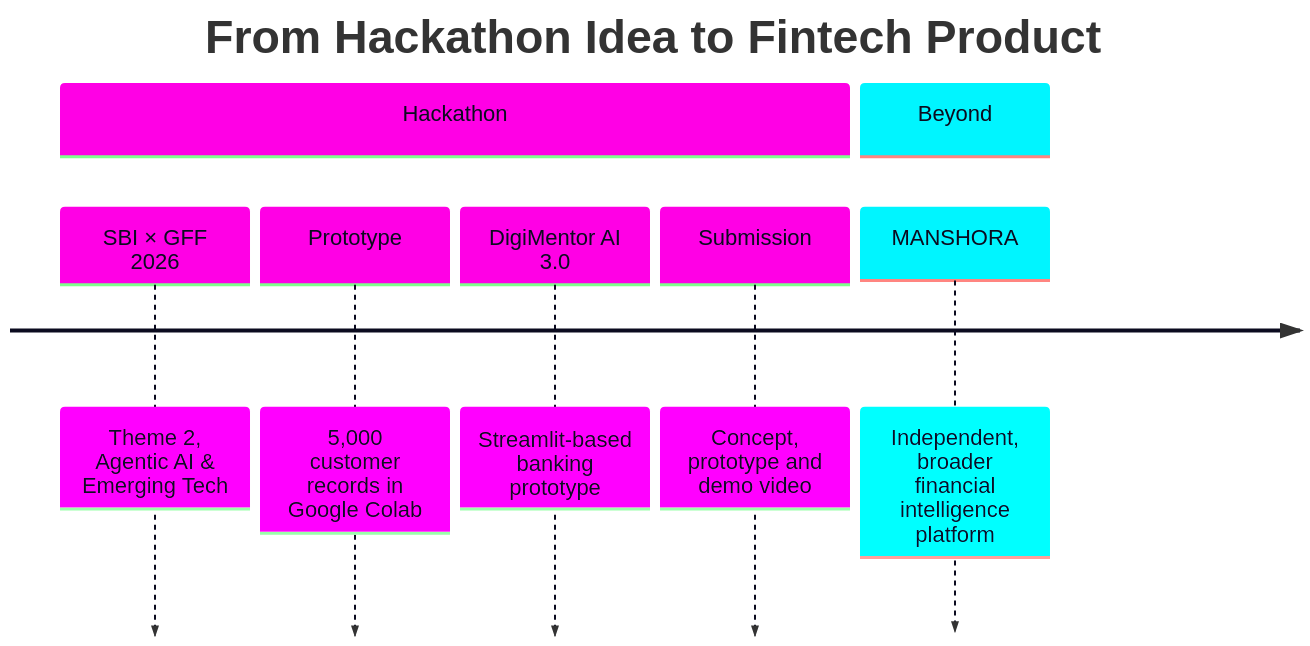
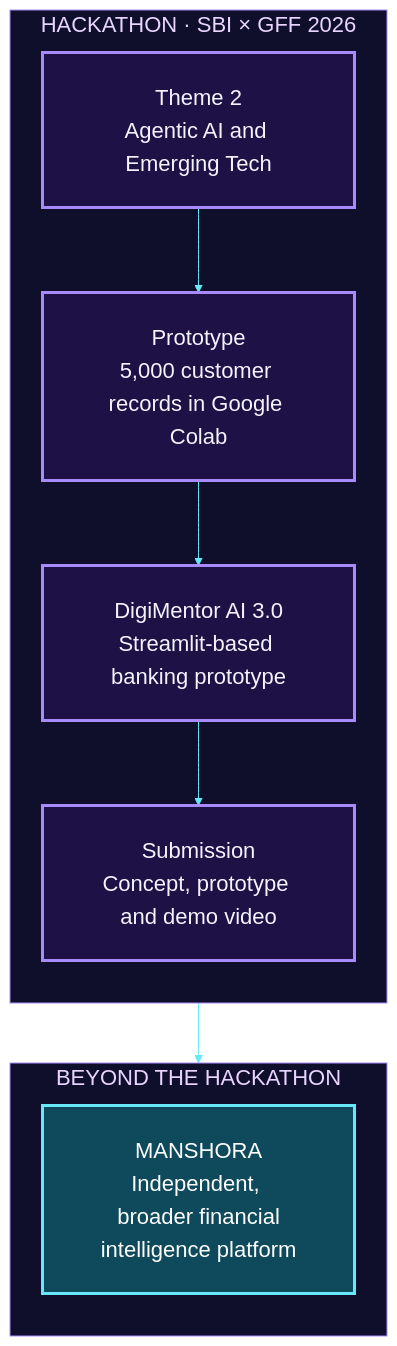
One commit to Mansi232323/MANSHORA changed the second of 13 diagrams in README.md. Above: the diagram before and after it, drawn with Mermaid. The commit also changed other lines of this file, not shown here.

````diff
--- a/README.md
+++ b/README.md
@@ -98,12 +98,17 @@
 ```mermaid
-%%{init: {'theme':'base','themeVariables':{'fontSize':'22px','cScale0':'#ff00e5','cScaleLabel0':'#0b0b1f','cScale1':'#00f5ff','cScaleLabel1':'#0b0b1f','cScale2':'#39ff14','cScaleLabel2':'#0b0b1f','cScale3':'#b026ff','cScaleLabel3':'#0b0b1f','cScale4':'#fff200','cScaleLabel4':'#0b0b1f','cScale5':'#ff6700','cScaleLabel5':'#0b0b1f','cScale6':'#1f51ff','cScaleLabel6':'#0b0b1f','cScale7':'#ff2079','cScaleLabel7':'#0b0b1f','cScale8':'#00ffa3','cScaleLabel8':'#0b0b1f','cScale9':'#ff9e00','cScaleLabel9':'#0b0b1f','cScale10':'#7df9ff','cScaleLabel10':'#0b0b1f','cScale11':'#ff61f6','cScaleLabel11':'#0b0b1f'}}}%%
-timeline
-    title From Hackathon Idea to Fintech Product
-    section Hackathon
-        SBI × GFF 2026 : Theme 2, Agentic AI & Emerging Tech
-        Prototype : 5,000 customer records in Google Colab
-        DigiMentor AI 3.0 : Streamlit-based banking prototype
-        Submission : Concept, prototype and demo video
-    section Beyond
-        MANSHORA : Independent, broader financial intelligence platform
+%%{init: {'theme':'base','themeVariables':{'fontSize':'22px','fontFamily':'Arial, Helvetica, sans-serif','lineColor':'#67e8f9','clusterBkg':'#0f0f2b','clusterBorder':'#a78bfa','titleColor':'#e9d5ff','edgeLabelBackground':'#0f0f2b'},'flowchart':{'nodeSpacing':45,'rankSpacing':60,'padding':28,'htmlLabels':false,'useMaxWidth':true}}}%%
+flowchart TB
+    subgraph H["HACKATHON · SBI × GFF 2026"]
+        direction TB
+        h1["Theme 2<br/>Agentic AI and Emerging Tech"] --> h2["Prototype<br/>5,000 customer records in Google Colab"] --> h3["DigiMentor AI 3.0<br/>Streamlit-based banking prototype"] --> h4["Submission<br/>Concept, prototype and demo video"]
+    end
+    subgraph B["BEYOND THE HACKATHON"]
+        direction TB
+        b1["MANSHORA<br/>Independent, broader financial<br/>intelligence platform"]
+    end
+    H --> B
+    classDef hack fill:#1e1145,stroke:#a78bfa,stroke-width:3px,color:#f5f3ff
+    classDef now fill:#0e4a5c,stroke:#67e8f9,stroke-width:3px,color:#ffffff
+    class h1,h2,h3,h4 hack
+    class b1 now
 ```
````
